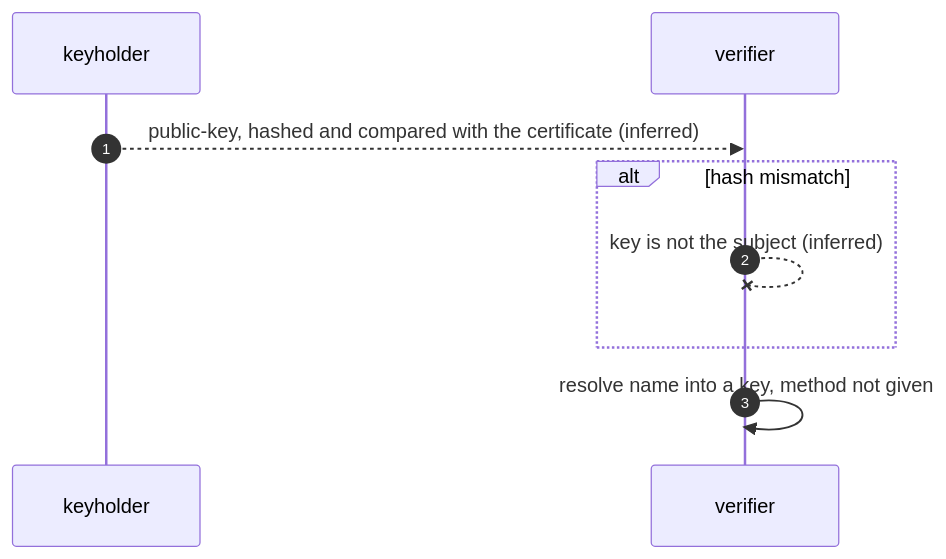
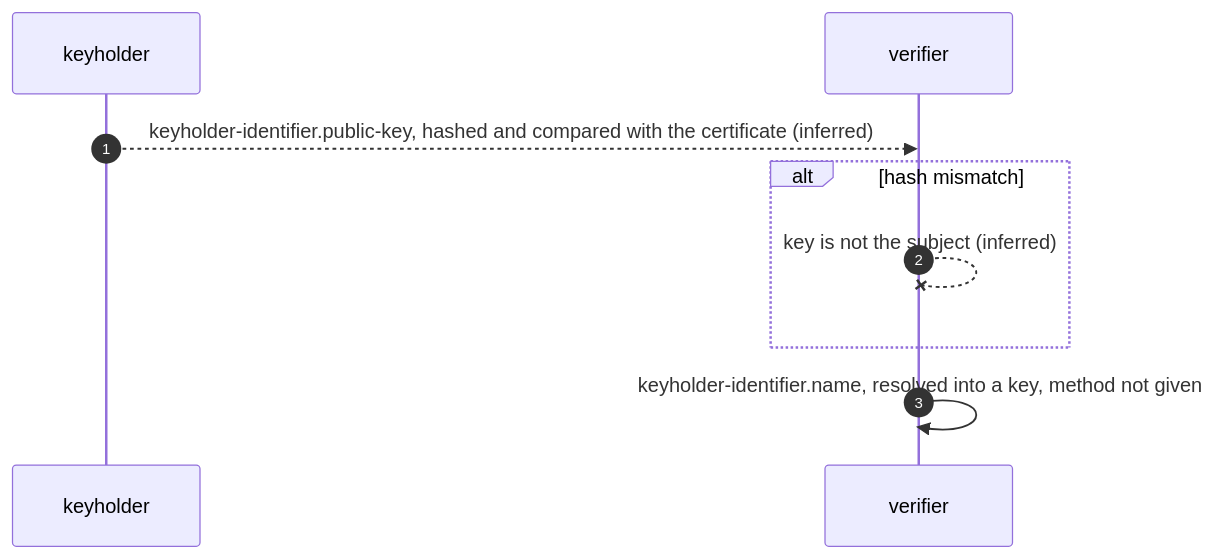
Before and after one commit to m-of-n/library: the fifth of 26 diagrams in records/ietf/rfc-2692/distilled/protocol.md, drawn with Mermaid. The commit also changed other lines of this file and 9 other files, not shown here.

````diff
--- a/records/ietf/rfc-2692/distilled/protocol.md
+++ b/records/ietf/rfc-2692/distilled/protocol.md
@@ -227,11 +239,11 @@
 ```mermaid
 sequenceDiagram
   autonumber
   participant K as keyholder
   participant V as verifier
-  K-->>V: public-key, hashed and compared with the certificate (inferred)
+  K-->>V: keyholder-identifier.public-key, hashed and compared with the certificate (inferred)
   alt hash mismatch
     V--xV: key is not the subject (inferred)
   end
-  V->>V: resolve name into a key, method not given
+  V->>V: keyholder-identifier.name, resolved into a key, method not given
 ```
````
